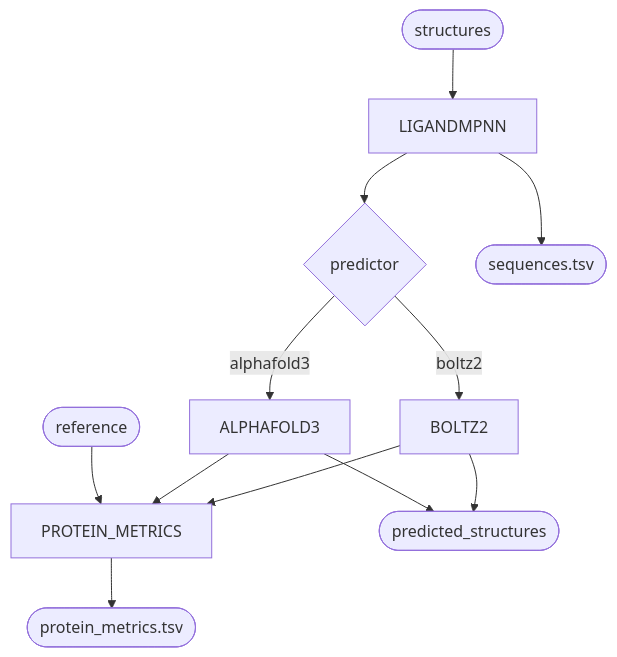
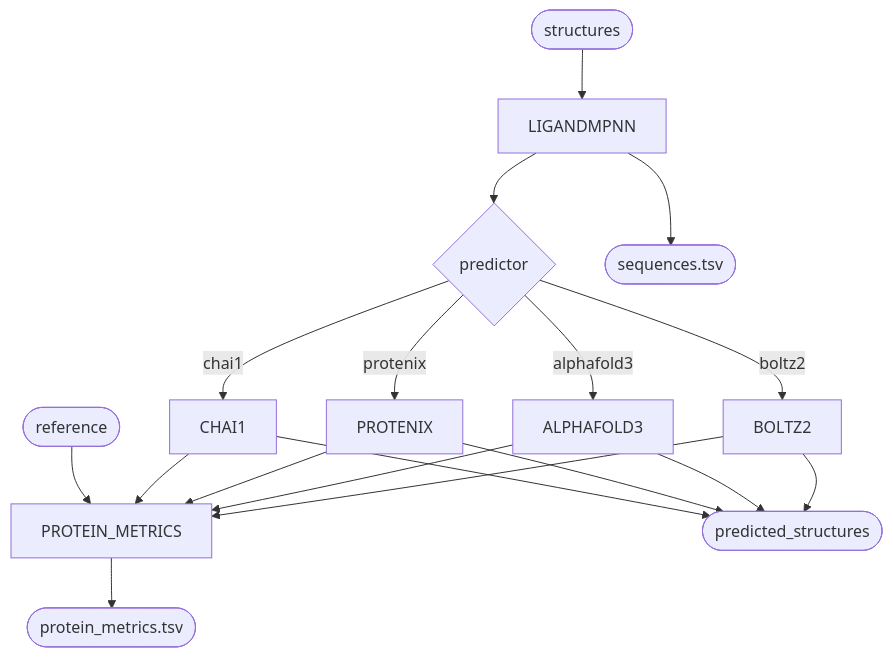
One commit to dxsbiocc/phi-packages changed the diagram in resources/wrappers/subworkflows/local/seq_fold_eval/wrapper/dag.mmd. Above: the diagram before and after it, drawn with Mermaid. The commit also changed 42 other files, not shown here.

Commit message:
feat(wrappers): add Protenix & Chai-1 predictors and Foldseek clustering in design_postprocess

```diff
--- a/resources/wrappers/subworkflows/local/seq_fold_eval/wrapper/dag.mmd
+++ b/resources/wrappers/subworkflows/local/seq_fold_eval/wrapper/dag.mmd
@@ -1,25 +1,33 @@
 flowchart TD
     in_struct([structures])
     in_ref([reference])
 
     p_mpnn[LIGANDMPNN]
     d_pred{predictor}
     p_boltz[BOLTZ2]
     p_af3[ALPHAFOLD3]
+    p_protenix[PROTENIX]
+    p_chai1[CHAI1]
     p_metrics[PROTEIN_METRICS]
 
     out_seq([sequences.tsv])
     out_pred([predicted_structures])
     out_metrics([protein_metrics.tsv])
 
     in_struct --> p_mpnn
     p_mpnn --> out_seq
     p_mpnn --> d_pred
     d_pred -->|boltz2| p_boltz
     d_pred -->|alphafold3| p_af3
+    d_pred -->|protenix| p_protenix
+    d_pred -->|chai1| p_chai1
     p_boltz --> out_pred
     p_af3 --> out_pred
+    p_protenix --> out_pred
+    p_chai1 --> out_pred
     p_boltz --> p_metrics
     p_af3 --> p_metrics
+    p_protenix --> p_metrics
+    p_chai1 --> p_metrics
     in_ref --> p_metrics
     p_metrics --> out_metrics
```
